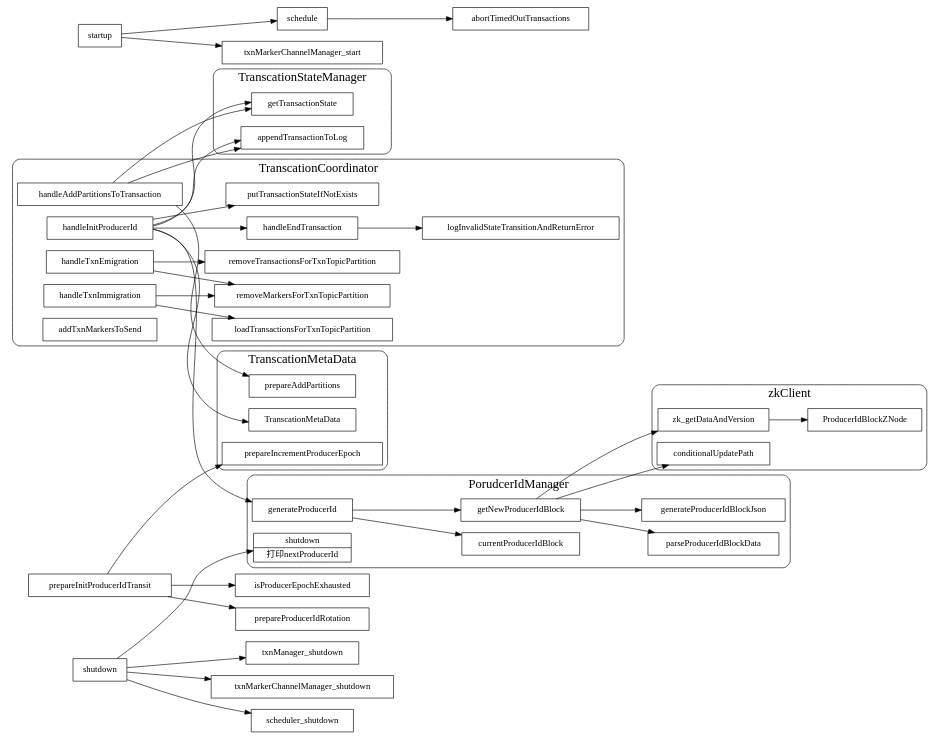
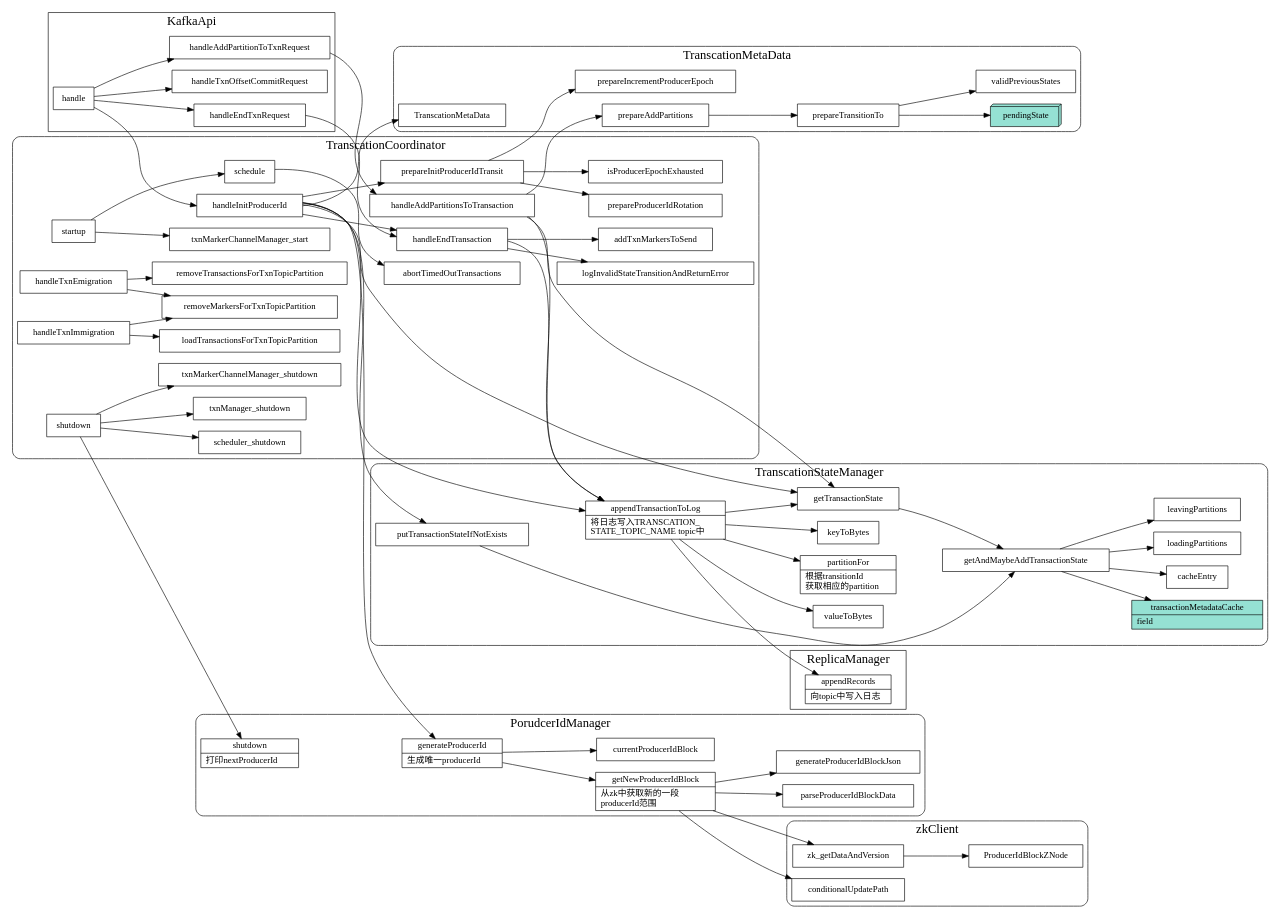
The diagram in src/kafka/txncoordinator.dot (xieyu/blog), drawn with Graphviz before and after one commit. The commit also changed 1 other file, not shown here.

Commit message:
fixup: add draft about txn coordinator

```diff
--- a/src/kafka/txncoordinator.dot
+++ b/src/kafka/txncoordinator.dot
@@ -1,94 +1,174 @@
 digraph txn_coordinator{
   node[shape=box;];
   newrank=true;
   rankdir=LR;
   subgraph cluster_zkClient {
     graph[label="zkClient";fontsize=20;style=rounded];
     zk_getDataAndVersion -> ProducerIdBlockZNode;
     conditionalUpdatePath;
   };
 
   subgraph cluster_PorudcerIdManager {
     graph[label="PorudcerIdManager";fontsize=20;style=rounded];
-    producerIdManager_shutdown;
+    producerIdManager_shutdown[
+      shape="record";
+      label="{{
+        shutdown|
+        打印nextProducerId\l
+      }}";
+    ];
+    generateProducerId[shape="record";
+      label="{{
+        generateProducerId|
+        生成唯一producerId\l
+      }}";
+    ];
+    getNewProducerIdBlock[shape="record";
+      label="{{
+        getNewProducerIdBlock|
+        从zk中获取新的一段\lproducerId范围\l
+      }}";
+    ];
     generateProducerId ->{
       currentProducerIdBlock;
       getNewProducerIdBlock;
     }
     getNewProducerIdBlock -> {
       zk_getDataAndVersion;
       parseProducerIdBlockData;
       generateProducerIdBlockJson;
       conditionalUpdatePath;
     }
-    producerIdManager_shutdown[
-      shape="record";
-      label="{{
-        shutdown|
-        打印nextProducerId
-      }}";
-    ];
   };
 
   subgraph cluster_TranscationMetaData {
     graph[label="TranscationMetaData";fontsize=20;style=rounded];
     TranscationMetaData;
     prepareIncrementProducerEpoch;
-    prepareAddPartitions;
+    prepareAddPartitions -> { prepareTransitionTo; };
+    pendingState[
+      fillcolor="#95e1d3"
+      style=filled;
+      shape=box3d;
+      label="pendingState"
+    ];
+    prepareTransitionTo -> {
+      validPreviousStates;
+      pendingState;
+    }
   };
+
+  subgraph cluster_ReplicaManager {
+    graph[label="ReplicaManager";fontsize=20;];
+    appendRecords[shape="record";
+      label="{{
+        appendRecords|
+          向topic中写入日志\l
+      }}";
+    ];
+  }
 
   subgraph cluster_TranscationStateManager {
     graph[label="TranscationStateManager";fontsize=20;style=rounded];
     getTransactionState;
-    appendTransactionToLog;
-    
+    appendTransactionToLog[shape="record";
+      label="{{
+        appendTransactionToLog|
+          将日志写入TRANSCATION_\lSTATE_TOPIC_NAME topic中\l
+      }}";
+    ];
+    partitionFor[shape="record";
+      label="{{
+        partitionFor|
+        根据transitionId\l 
+        获取相应的partition\l
+      }}";
+    ];
+    transactionMetadataCache[shape="record";
+      fillcolor="#95e1d3"
+      style=filled;
+      label="{{
+        transactionMetadataCache|
+          field \l
+      }}";
+    ];
+    putTransactionStateIfNotExists -> getAndMaybeAddTransactionState;
+    getTransactionState -> getAndMaybeAddTransactionState;
+    getAndMaybeAddTransactionState -> {
+      cacheEntry;
+      loadingPartitions;
+      leavingPartitions;
+      transactionMetadataCache;
+    }
+    appendTransactionToLog -> {
+      partitionFor
+      keyToBytes;
+      valueToBytes;
+      getTransactionState;
+      appendRecords;
+    }
+    prepareIncrementProducerEpoch -> {
+    }
   };
 
   subgraph cluster_TranscationCoordinator {
     graph[label="TranscationCoordinator";fontsize=20;style=rounded];
     handleInitProducerId -> {
       generateProducerId;
       getTransactionState;
       putTransactionStateIfNotExists;
       TranscationMetaData;
       handleEndTransaction;
       appendTransactionToLog;
+      prepareInitProducerIdTransit;
     }
+
     handleAddPartitionsToTransaction -> {
       getTransactionState;
       prepareAddPartitions;
       appendTransactionToLog;
     }
 
     handleTxnEmigration -> {
       removeMarkersForTxnTopicPartition;
       removeTransactionsForTxnTopicPartition;
     }
     handleTxnImmigration -> {
       removeMarkersForTxnTopicPartition;
       loadTransactionsForTxnTopicPartition;
     }
-    handleEndTransaction -> 
+    handleEndTransaction -> {
       logInvalidStateTransitionAndReturnError;
       addTxnMarkersToSend;
       appendTransactionToLog;
     }
 
     startup -> schedule -> abortTimedOutTransactions;
     startup -> {
       txnMarkerChannelManager_start
     }
     shutdown -> {
       scheduler_shutdown;
       producerIdManager_shutdown;
       txnManager_shutdown;
       txnMarkerChannelManager_shutdown;
     }
 
-
     prepareInitProducerIdTransit -> {
       prepareIncrementProducerEpoch;
       prepareProducerIdRotation;
       isProducerEpochExhausted;
     }
+  }
+  subgraph cluster_KafkaApi {
+    graph[label="KafkaApi";fontsize=20;];
+    handle -> {
+      handleInitProducerId;
+      handleEndTxnRequest;
+      handleTxnOffsetCommitRequest;
+      handleAddPartitionToTxnRequest;
+    }
+    handleEndTxnRequest -> handleEndTransaction;
+    handleAddPartitionToTxnRequest -> handleAddPartitionsToTransaction;
+  }
 }
```
